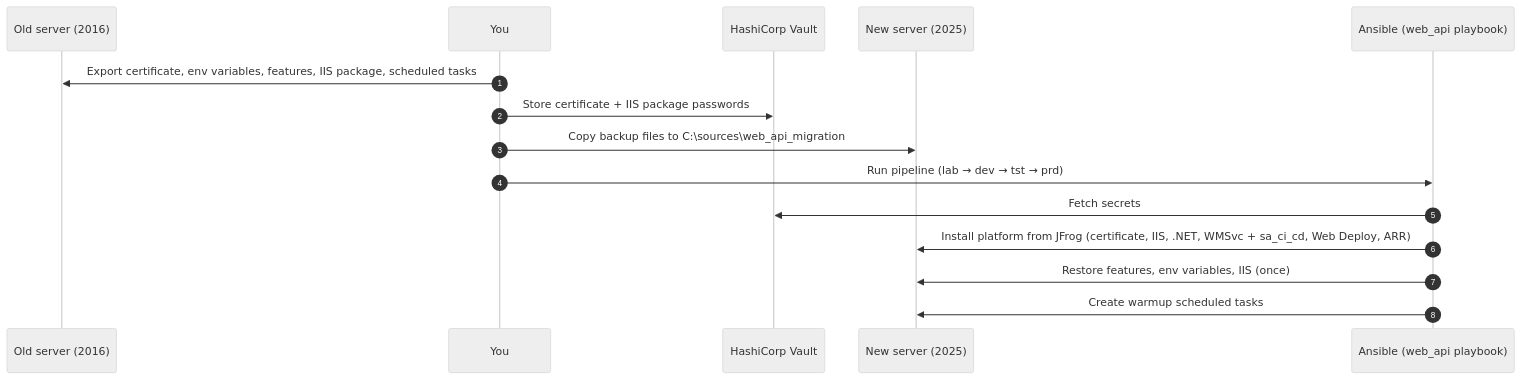
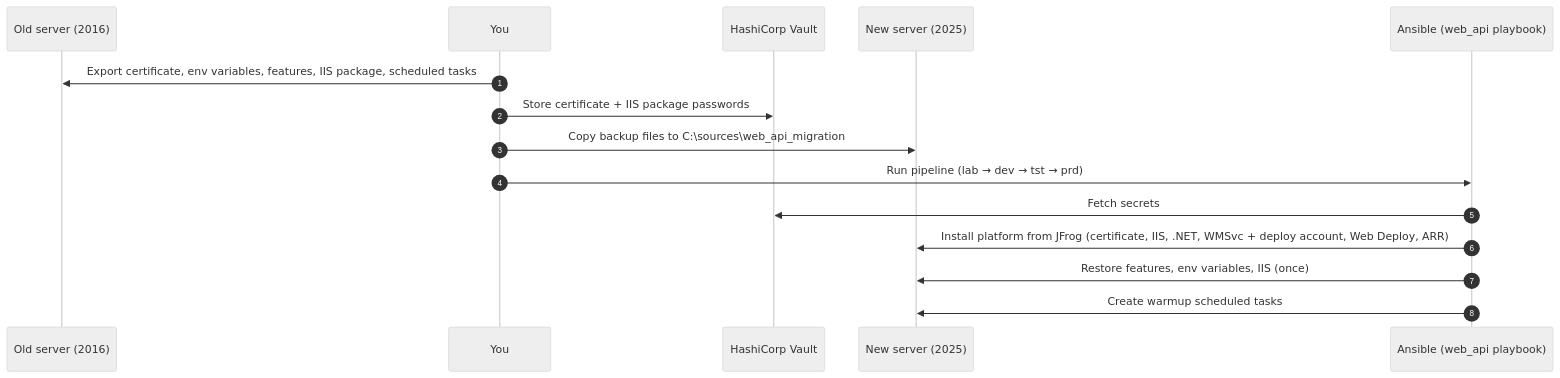
The second of 3 diagrams in docs/web_api_migration.md (kriarun/ansible-lab), drawn with Mermaid (neutral theme) before and after one commit. The commit also changed other lines of this file and 1 other file, not shown here.

````diff
--- a/docs/web_api_migration.md
+++ b/docs/web_api_migration.md
@@ -66,18 +66,18 @@
 ```mermaid
 sequenceDiagram
     autonumber
     participant Old as Old server (2016)
     participant You as You
     participant Vault as HashiCorp Vault
     participant New as New server (2025)
     participant Ans as Ansible (web_api playbook)
 
     You->>Old: Export certificate, env variables, features, IIS package, scheduled tasks
     You->>Vault: Store certificate + IIS package passwords
     You->>New: Copy backup files to C:\sources\web_api_migration
     You->>Ans: Run pipeline (lab → dev → tst → prd)
     Ans->>Vault: Fetch secrets
-    Ans->>New: Install platform from JFrog (certificate, IIS, .NET, WMSvc + sa_ci_cd, Web Deploy, ARR)
+    Ans->>New: Install platform from JFrog (certificate, IIS, .NET, WMSvc + deploy account, Web Deploy, ARR)
     Ans->>New: Restore features, env variables, IIS (once)
     Ans->>New: Create warmup scheduled tasks
 ```
````
